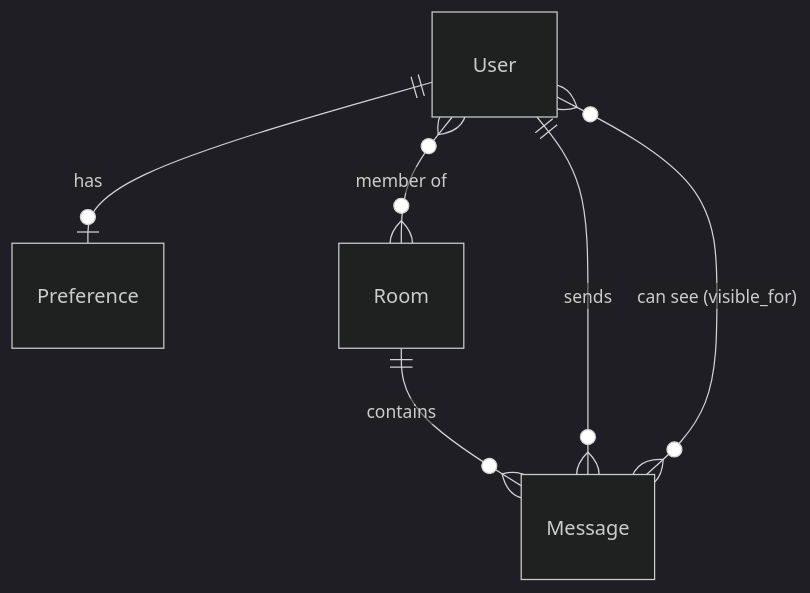
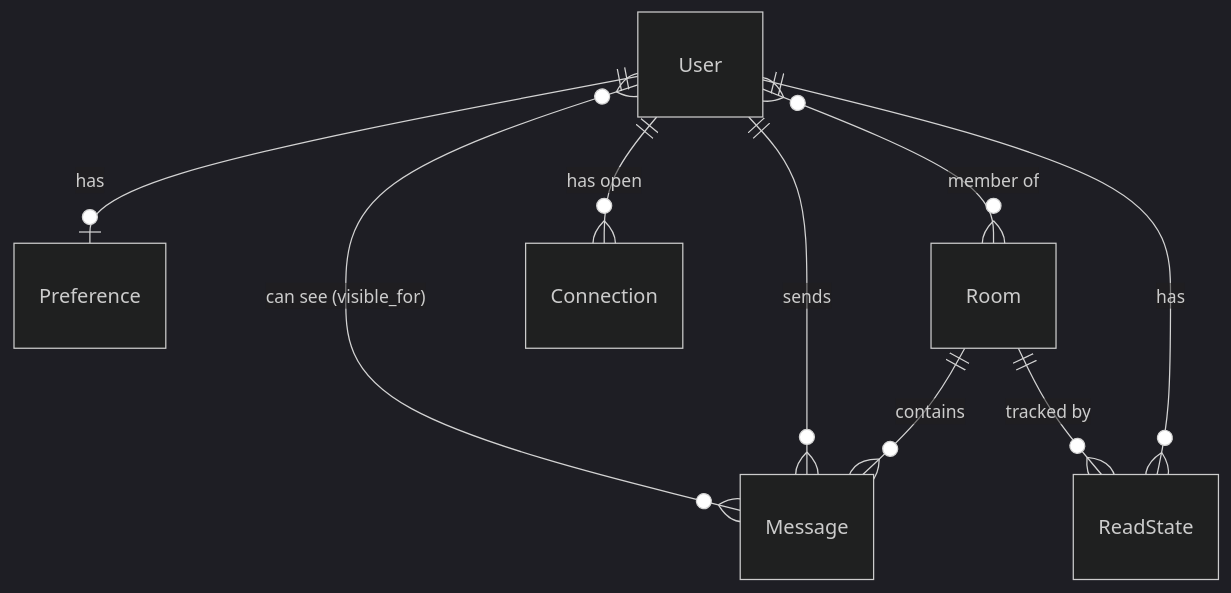
Before and after one commit to achuthvarghese/django-realtime-chat: the diagram in docs/data-model.md, drawn with Mermaid (dark theme). The commit also changed other lines of this file and 5 other files, not shown here.

````diff
--- a/docs/data-model.md
+++ b/docs/data-model.md
@@ -3,8 +3,11 @@
 ```mermaid
 erDiagram
     User ||--o| Preference : "has"
     User }o--o{ Room : "member of"
     Room ||--o{ Message : "contains"
     User ||--o{ Message : "sends"
     User }o--o{ Message : "can see (visible_for)"
+    User ||--o{ ReadState : "has"
+    Room ||--o{ ReadState : "tracked by"
+    User ||--o{ Connection : "has open"
 ```
````
